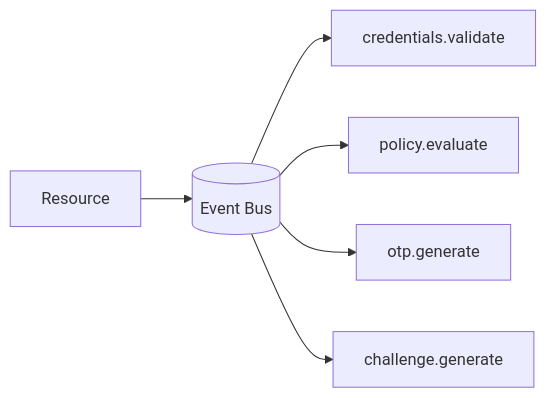
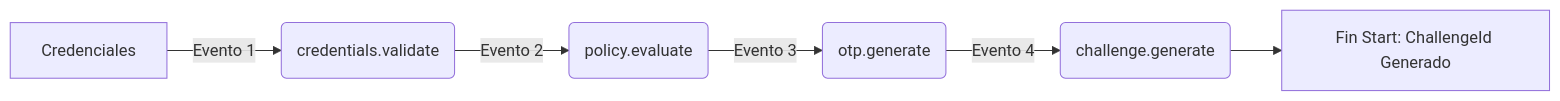
The first of 3 diagrams in docs/backend-java-quarkus/06-event-driven-mfa/event-bus-mfa.md (teamdroid-trainer/docs-docusaurus-trainer), drawn with Mermaid before and after one commit. The commit also changed other lines of this file and 1 other file, not shown here.

Commit message:
docs(mfa): enhance event-bus-mfa and event-driven-design docs using docusaurus-section-enhancer

````diff
--- a/docs/backend-java-quarkus/06-event-driven-mfa/event-bus-mfa.md
+++ b/docs/backend-java-quarkus/06-event-driven-mfa/event-bus-mfa.md
@@ -69,8 +14,8 @@
 ```mermaid
 flowchart LR
-    A[Resource] --> EB[(Event Bus)]
-    EB --> B[credentials.validate]
-    EB --> C[policy.evaluate]
-    EB --> D[otp.generate]
-    EB --> E[challenge.generate]
+    A[Credenciales] -->|Evento 1| B(credentials.validate)
+    B -->|Evento 2| C(policy.evaluate)
+    C -->|Evento 3| D(otp.generate)
+    D -->|Evento 4| E(challenge.generate)
+    E --> F[Fin Start: ChallengeId Generado]
 ```
````
